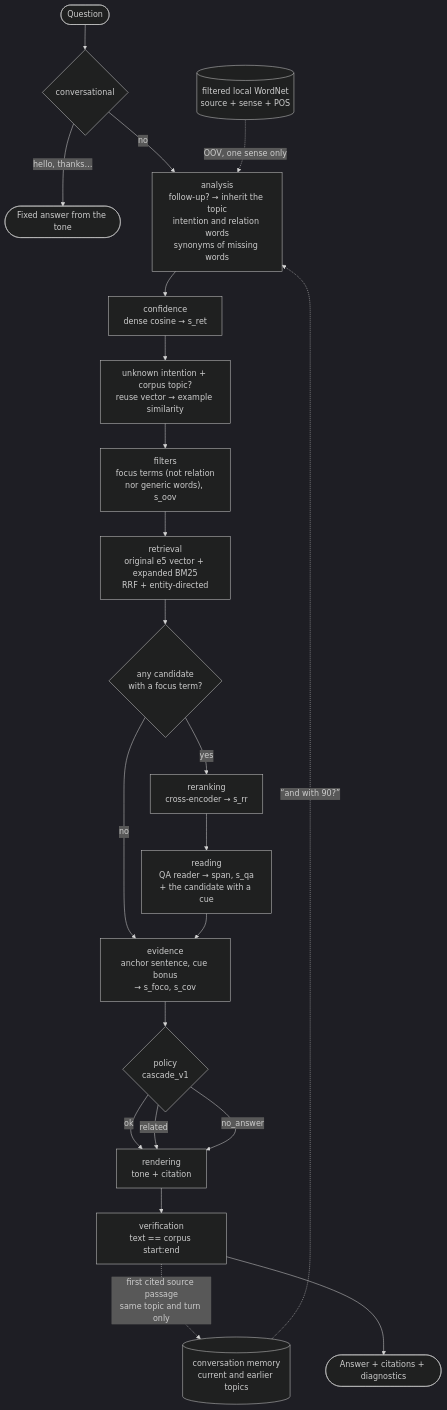
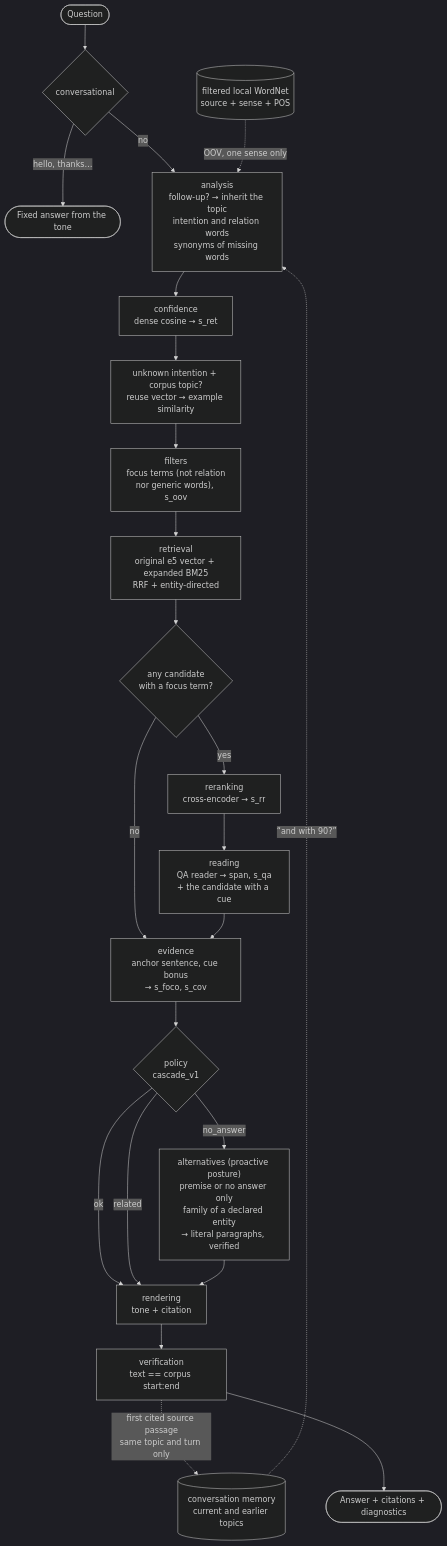
One commit to ClaudioH19/ipsis changed the third of 6 diagrams in docs/architecture.md. Above: the diagram before and after it, drawn with Mermaid (dark theme). The commit also changed other lines of this file and 95 other files, not shown here.

````diff
--- a/docs/architecture.md
+++ b/docs/architecture.md
@@ -198,24 +199,25 @@
 ```mermaid
 flowchart TD
     P([Question]) --> C{conversational}
     C -- "hello, thanks…" --> RF([Fixed answer from the tone])
     C -- no --> A["analysis<br/>follow-up? → inherit the topic<br/>intention and relation words<br/>synonyms of missing words"]
     MEM[("conversation memory<br/>current and earlier topics")] -.->|"“and with 90?”"| A
     WN[("filtered local WordNet<br/>source + sense + POS")] -.->|"OOV, one sense only"| A
     A --> CF[confidence<br/>dense cosine → s_ret]
     CF --> IF["unknown intention + corpus topic?<br/>reuse vector → example similarity"]
     IF --> F["filters<br/>focus terms (not relation<br/>nor generic words), s_oov"]
     F --> R[retrieval<br/>original e5 vector + expanded BM25<br/>RRF + entity-directed]
     R --> T{any candidate<br/>with a focus term?}
     T -- no --> E
     T -- yes --> RR[reranking<br/>cross-encoder → s_rr]
     RR --> L["reading<br/>QA reader → span, s_qa<br/>+ the candidate with a cue"]
     L --> E["evidence<br/>anchor sentence, cue bonus<br/>→ s_foco, s_cov"]
     E --> PO{policy<br/>cascade_v1}
     PO -- ok --> RD[rendering<br/>tone + citation]
     PO -- related --> RD
-    PO -- no_answer --> RD
+    PO -- no_answer --> ALT["alternatives (proactive posture)<br/>premise or no answer only<br/>family of a declared entity<br/>→ literal paragraphs, verified"]
+    ALT --> RD
     RD --> V[verification<br/>text == corpus start:end]
     V -.->|"first cited source passage<br/>same topic and turn only"| MEM
     V --> S([Answer + citations + diagnostics])
 ```
````
